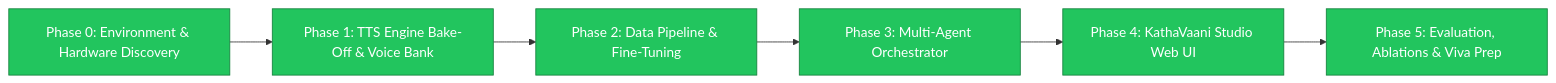
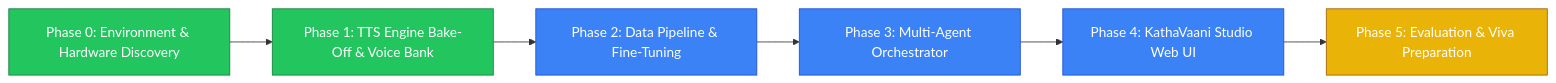
The diagram in docs/PROGRESS.md (NishchayVashishtha/kathavaani), drawn with Mermaid before and after one commit. The commit also changed other lines of this file and 9 other files, not shown here.

````diff
--- a/docs/PROGRESS.md
+++ b/docs/PROGRESS.md
@@ -11,18 +11,19 @@
 ```mermaid
 flowchart LR
     P0["Phase 0: Environment & Hardware Discovery"] --> P1["Phase 1: TTS Engine Bake-Off & Voice Bank"]
     P1 --> P2["Phase 2: Data Pipeline & Fine-Tuning"]
     P2 --> P3["Phase 3: Multi-Agent Orchestrator"]
     P3 --> P4["Phase 4: KathaVaani Studio Web UI"]
-    P4 --> P5["Phase 5: Evaluation, Ablations & Viva Prep"]
+    P4 --> P5["Phase 5: Evaluation & Viva Preparation"]
 
     classDef done fill:#22c55e,stroke:#15803d,color:#fff;
     classDef inprog fill:#3b82f6,stroke:#1d4ed8,color:#fff;
+    classDef audit fill:#eab308,stroke:#a16207,color:#fff;
 
     class P0 done;
     class P1 done;
-    class P2 done;
-    class P3 done;
-    class P4 done;
-    class P5 done;
+    class P2 inprog;
+    class P3 inprog;
+    class P4 inprog;
+    class P5 audit;
 ```
````
